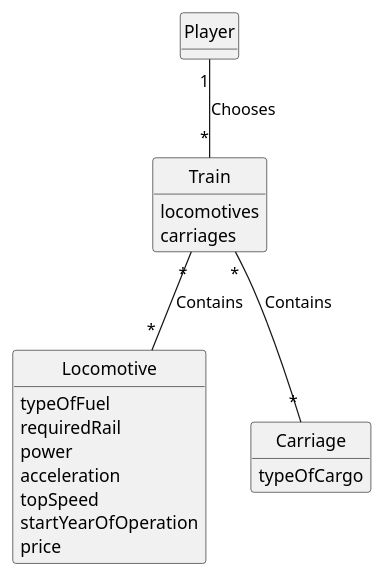
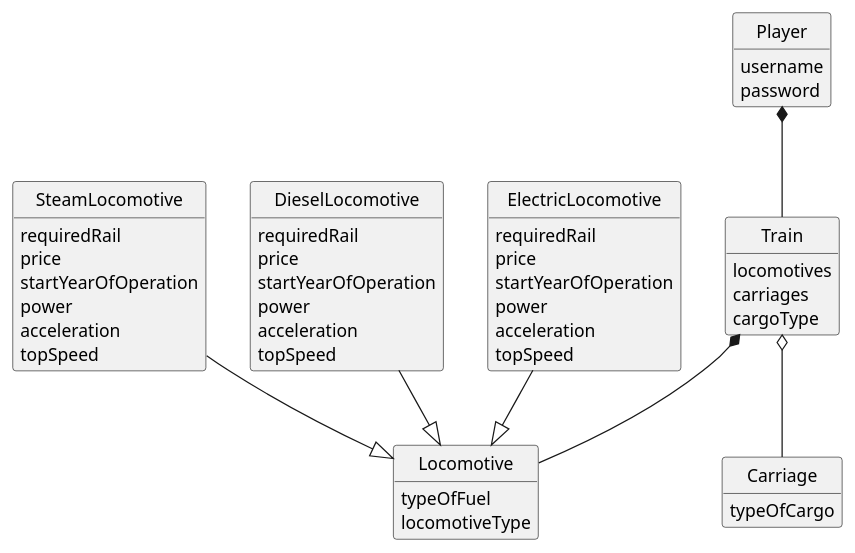
Before and after one commit to goncalolopesp/sem2-pi-24.25-g093-repo: the diagram in docs/system-documentation/US009/02.analysis/puml/US009-DM.puml, drawn with PlantUML. The commit also changed 1 other file, not shown here.

```diff
--- a/docs/system-documentation/US009/02.analysis/puml/US009-DM.puml
+++ b/docs/system-documentation/US009/02.analysis/puml/US009-DM.puml
@@ -1,39 +1,67 @@
 @startuml
 skinparam monochrome true
 skinparam packageStyle rectangle
 skinparam shadowing false
 
 
 skinparam classAttributeIconSize 0
 
 hide circle
 hide methods
 
 class Train{
     locomotives
     carriages
+    cargoType
 }
 
 class Locomotive{
     typeOfFuel
+    locomotiveType
+}
+
+class SteamLocomotive{
     requiredRail
+    price
+    startYearOfOperation
     power
     acceleration
     topSpeed
+}
+
+class DieselLocomotive{
+    requiredRail
+    price
     startYearOfOperation
+    power
+    acceleration
+    topSpeed
+}
+
+class ElectricLocomotive{
+    requiredRail
     price
+    startYearOfOperation
+    power
+    acceleration
+    topSpeed
 }
 
 class Carriage{
     typeOfCargo
 }
 
-class Player{
+class Player {
+    username
+    password
     + buyTrain(carriage: Carriage, locomotive: Locomotive)
 }
 
-Player "1"--"*" Train : Chooses
-Train "*"--"*" Locomotive : Contains
-Train "*"--"*" Carriage : Contains
+Player *-- Train
+Train *-- Locomotive
+Train o-- Carriage
+SteamLocomotive --|> Locomotive
+DieselLocomotive --|> Locomotive
+ElectricLocomotive --|> Locomotive
 
 @enduml
```
